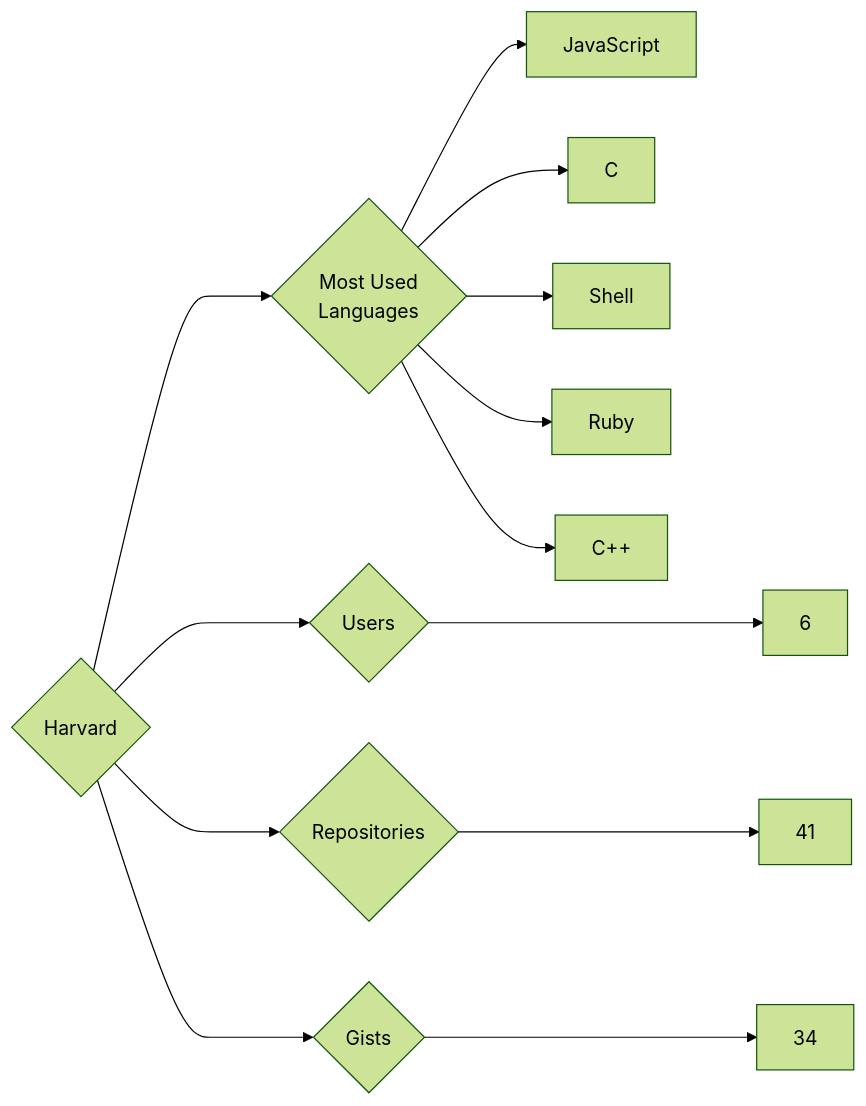
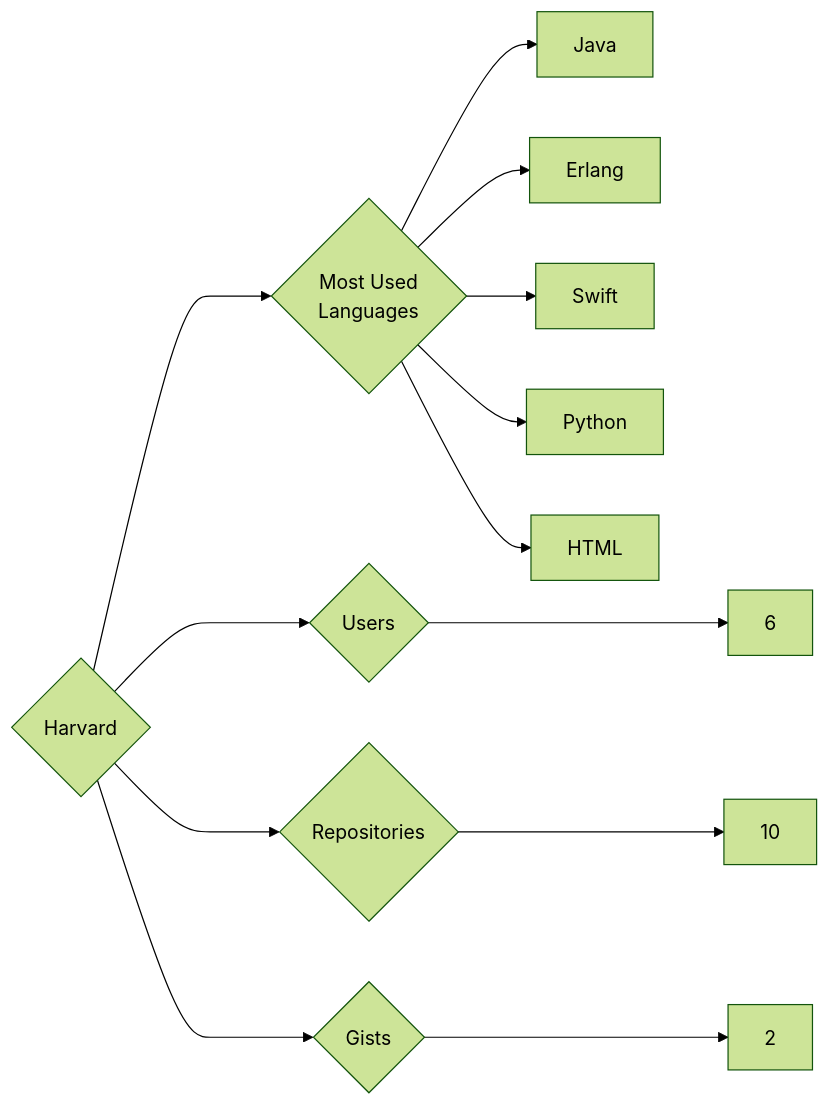
One commit to trickest/insiders changed the diagram in targets/Harvard/README.md. Above: the diagram before and after it, drawn with Mermaid (forest theme). The commit also changed 1166 other files, not shown here.

````diff
--- a/targets/Harvard/README.md
+++ b/targets/Harvard/README.md
@@ -3,13 +3,13 @@
 ```mermaid
 graph LR
 COMPANY_NAME{Harvard}
 COMPANY_NAME ---> U{Users} ---> UN[6]
-COMPANY_NAME ---> R{Repositories} ---> RN[41]
-COMPANY_NAME ---> G{Gists} ---> GN[34]
+COMPANY_NAME ---> R{Repositories} ---> RN[10]
+COMPANY_NAME ---> G{Gists} ---> GN[2]
 COMPANY_NAME ---> ML{Most Used<br>Languages}
-ML --> JavaScript[JavaScript]
-ML --> C[C]
-ML --> Shell[Shell]
-ML --> Ruby[Ruby]
-ML --> C++[C++]
+ML --> Java[Java]
+ML --> Erlang[Erlang]
+ML --> Swift[Swift]
+ML --> Python[Python]
+ML --> HTML[HTML]
 ```
````
